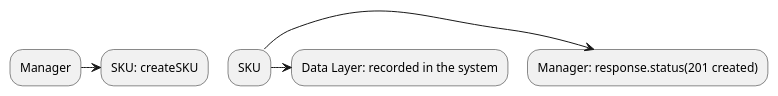
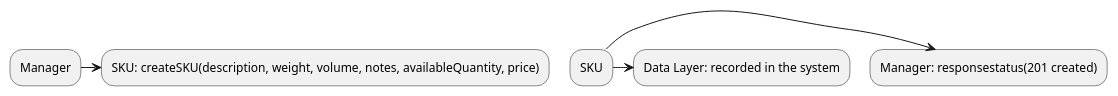
The second of 5 diagrams in DesignDocument.md (robsanity/JavascriptBackEndProjectAndTesting), drawn with PlantUML before and after one commit.

````diff
--- a/DesignDocument.md
+++ b/DesignDocument.md
@@ -248,6 +248,6 @@
 ```plantuml
-Manager->SKU: createSKU
-SKU->Manager: response.status(201 created)
+Manager -> SKU: createSKU(description, weight, volume, notes, availableQuantity, price)
+SKU->Manager: responsestatus(201 created)
 SKU->Data Layer: recorded in the system 
 
 ```
````
